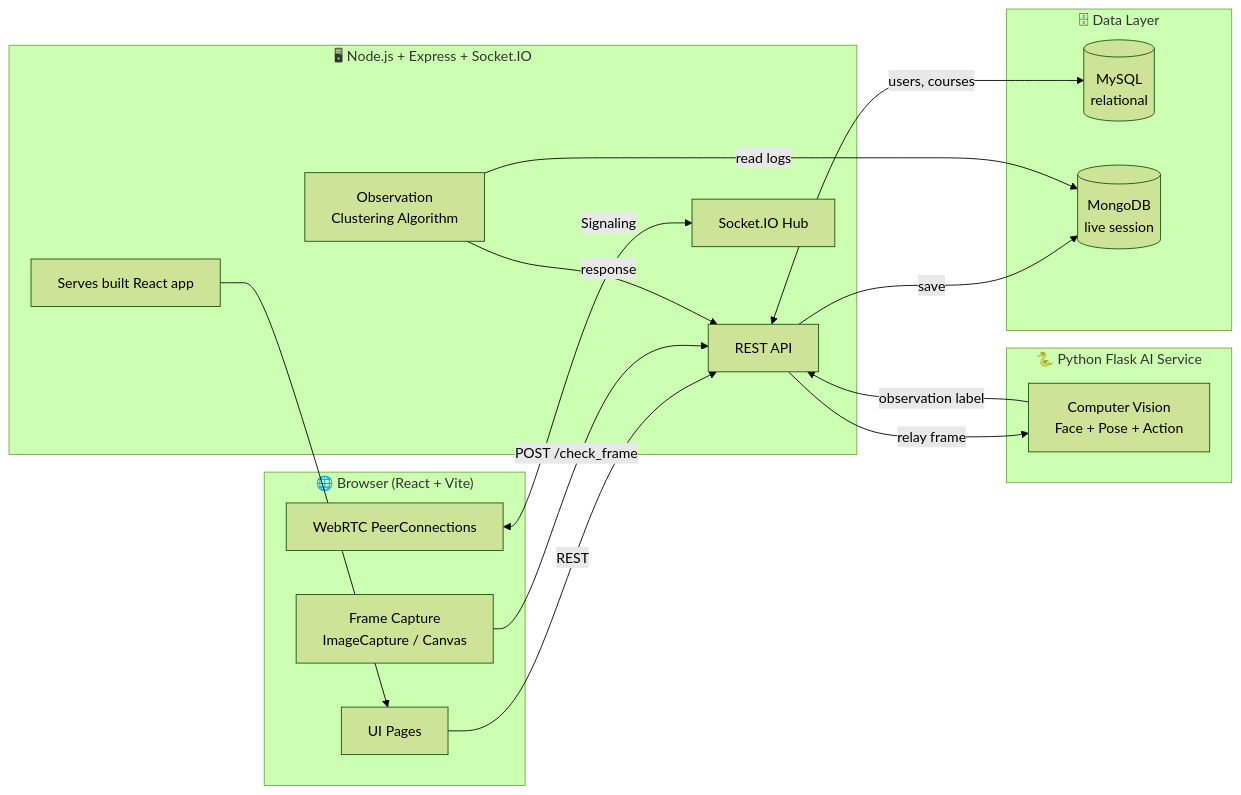
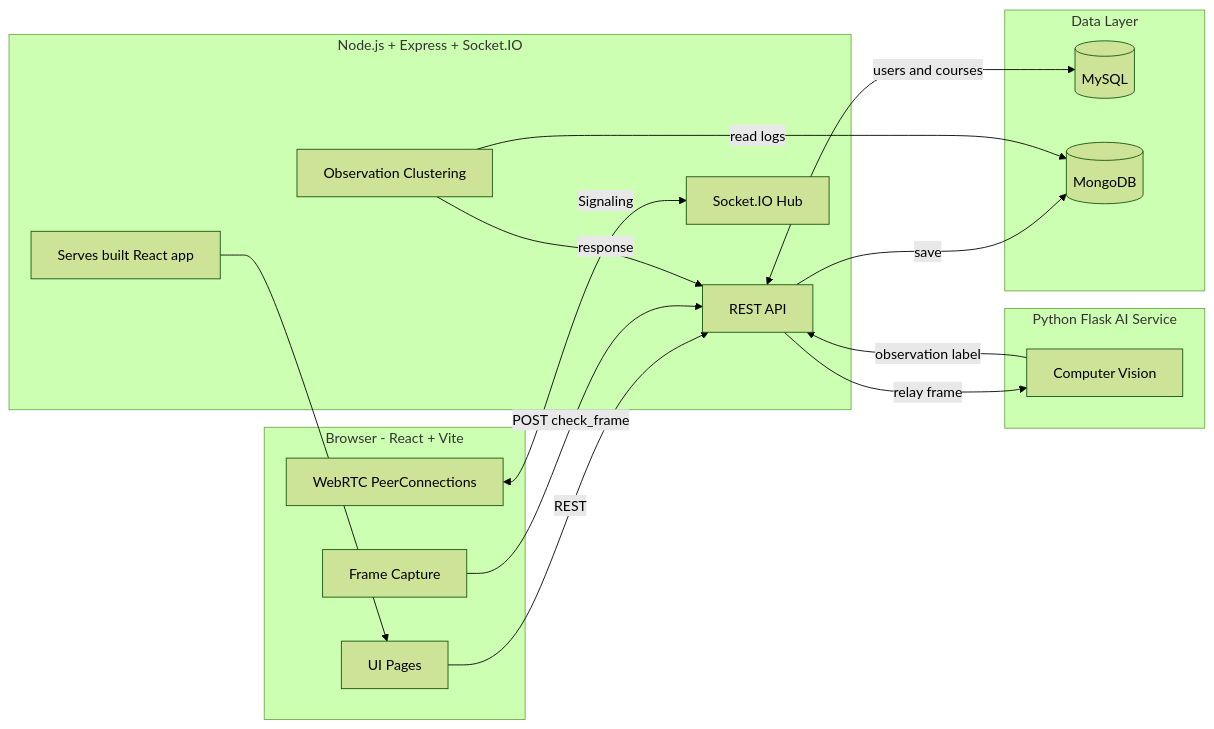
The first of 4 diagrams in readme.md (sami000khaleel/teach-me), drawn with Mermaid (forest theme) before and after one commit. The commit also changed other lines of this file, not shown here.

````diff
--- a/readme.md
+++ b/readme.md
@@ -82,35 +82,35 @@
 ```mermaid
 flowchart LR
-    subgraph Browser["🌐 Browser (React + Vite)"]
+    subgraph Browser["Browser - React + Vite"]
         UI[UI Pages]
         RTC[WebRTC PeerConnections]
-        SNAP[Frame Capture<br/>ImageCapture / Canvas]
+        SNAP[Frame Capture]
     end
 
-    subgraph Server["🖥 Node.js + Express + Socket.IO"]
+    subgraph Server["Node.js + Express + Socket.IO"]
         API[REST API]
         SIO[Socket.IO Hub]
-        ALGO[Observation<br/>Clustering Algorithm]
+        ALGO[Observation Clustering]
         DIST[Serves built React app]
     end
 
-    subgraph AI["🐍 Python Flask AI Service"]
-        CV[Computer Vision<br/>Face + Pose + Action]
+    subgraph AI["Python Flask AI Service"]
+        CV[Computer Vision]
     end
 
-    subgraph DB["🗄 Data Layer"]
-        MY[(MySQL<br/>relational)]
-        MG[(MongoDB<br/>live session)]
+    subgraph DB["Data Layer"]
+        MY[(MySQL)]
+        MG[(MongoDB)]
     end
 
     UI -->|REST| API
     RTC <-->|Signaling| SIO
-    SNAP -->|POST /check_frame| API
+    SNAP -->|POST check_frame| API
     API -->|relay frame| CV
     CV -->|observation label| API
     API -->|save| MG
-    API <-->|users, courses| MY
+    API <-->|users and courses| MY
     ALGO -->|read logs| MG
     ALGO -->|response| API
     DIST --> UI
 ```
````
